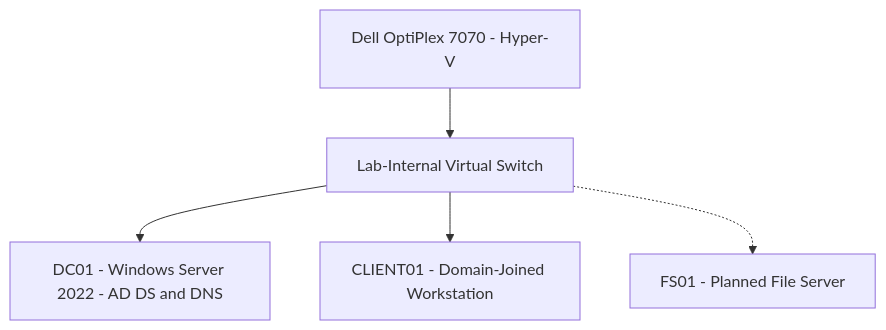
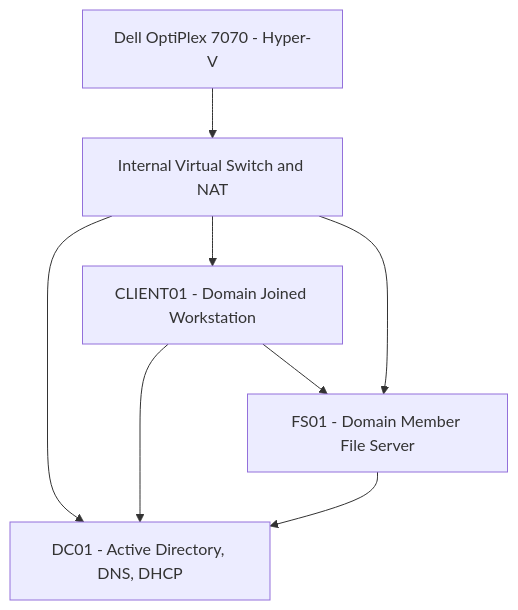
One commit to KaaninGibson/windows-server-active-directory-lab changed the diagram in docs/architecture.md. Above: the diagram before and after it, drawn with Mermaid. The commit also changed other lines of this file, not shown here.

````diff
--- a/docs/architecture.md
+++ b/docs/architecture.md
@@ -11,13 +12,16 @@
 ```mermaid
 flowchart TD
     HOST["Dell OptiPlex 7070 - Hyper-V"]
-    SWITCH["Lab-Internal Virtual Switch"]
-    DC["DC01 - Windows Server 2022 - AD DS and DNS"]
-    CLIENT["CLIENT01 - Domain-Joined Workstation"]
-    FS["FS01 - Planned File Server"]
+    SWITCH["Internal Virtual Switch and NAT"]
+    DC["DC01 - Active Directory, DNS, DHCP"]
+    CLIENT["CLIENT01 - Domain Joined Workstation"]
+    FS["FS01 - Domain Member File Server"]
 
     HOST --> SWITCH
     SWITCH --> DC
     SWITCH --> CLIENT
-    SWITCH -.-> FS
+    SWITCH --> FS
+    CLIENT --> DC
+    CLIENT --> FS
+    FS --> DC
 ```
````
